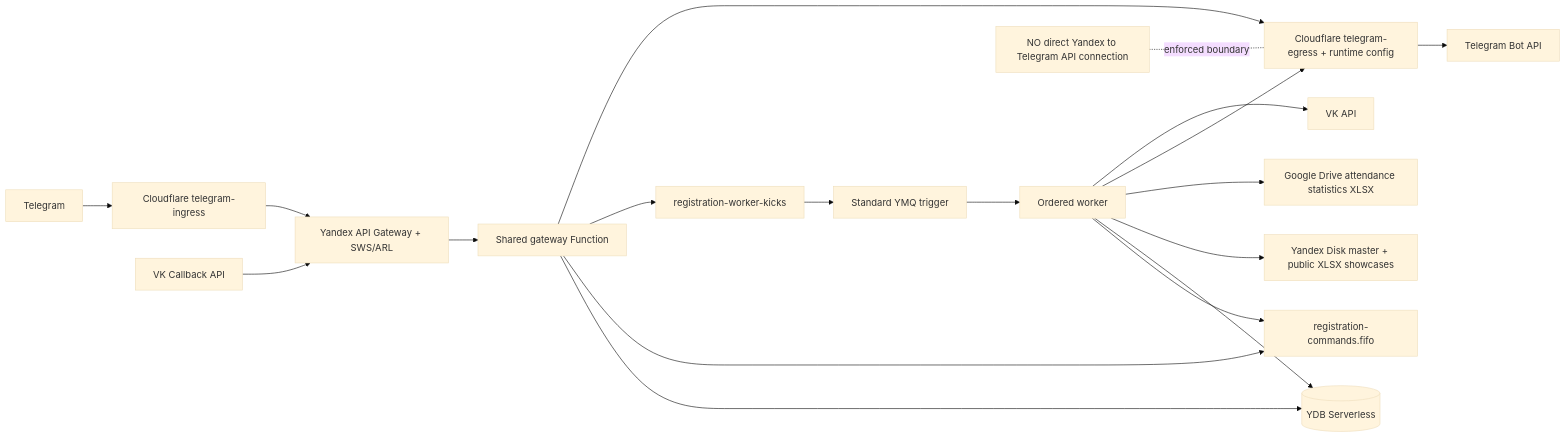
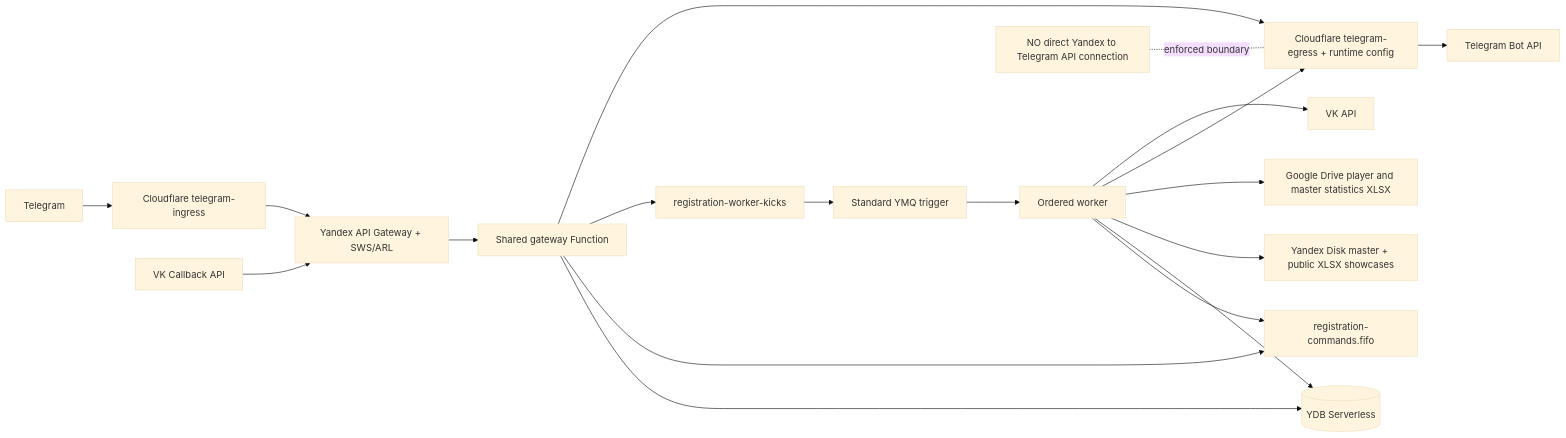
Before and after one commit to ProfessorLayton322/rolebot-hse: the first of 5 diagrams in README.md, drawn with Mermaid (base theme). The commit also changed other lines of this file and 7 other files, not shown here.

````diff
--- a/README.md
+++ b/README.md
@@ -9,22 +9,22 @@
 ```mermaid
 flowchart LR
     TG[Telegram] --> CFI[Cloudflare telegram-ingress]
     CFI --> APIGW[Yandex API Gateway + SWS/ARL]
     VK[VK Callback API] --> APIGW
     APIGW --> GW[Shared gateway Function]
     GW --> YDB[(YDB Serverless)]
     GW --> FIFO[registration-commands.fifo]
     GW --> KICK[registration-worker-kicks]
     KICK --> TRIGGER[Standard YMQ trigger]
     TRIGGER --> WORKER[Ordered worker]
     WORKER --> FIFO
     WORKER --> YDB
     WORKER --> DISK[Yandex Disk master + public XLSX showcases]
-    WORKER --> GDRIVE[Google Drive attendance statistics XLSX]
+    WORKER --> GDRIVE[Google Drive player and master statistics XLSX]
     GW --> CFE[Cloudflare telegram-egress + runtime config]
     WORKER --> CFE
     CFE --> TGAPI[Telegram Bot API]
     WORKER --> VKAPI[VK API]
 
     NO[NO direct Yandex to Telegram API connection] -. enforced boundary .- CFE
 ```
````
